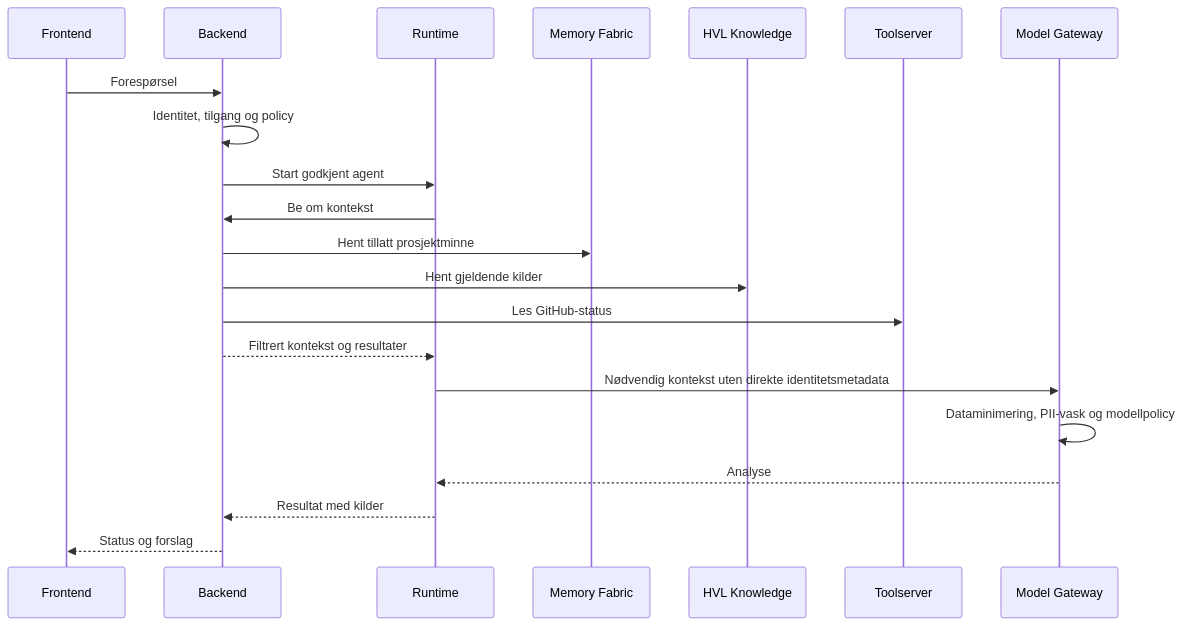
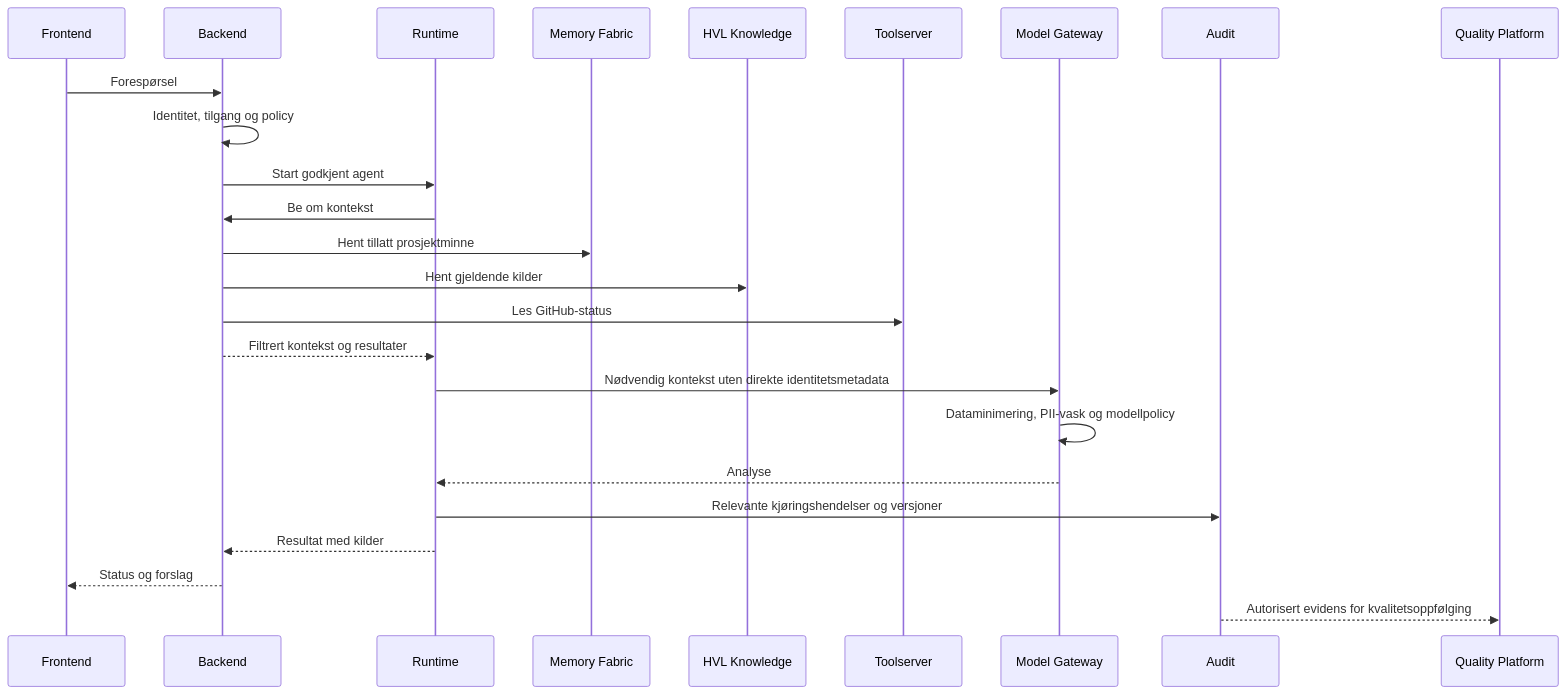
Before and after one commit to IvarRosenbergHVL/hvl-ki-documentation: the diagram in docs/utviklere/samspill.mdx, drawn with Mermaid. The commit also changed other lines of this file and 13 other files, not shown here.

````diff
--- a/docs/utviklere/samspill.mdx
+++ b/docs/utviklere/samspill.mdx
@@ -8,23 +8,27 @@
 ```mermaid
 sequenceDiagram
  participant U as Frontend
  participant B as Backend
  participant R as Runtime
  participant M as Memory Fabric
  participant K as HVL Knowledge
  participant T as Toolserver
  participant G as Model Gateway
+ participant A as Audit
+ participant Q as Quality Platform
  U->>B: Forespørsel
  B->>B: Identitet, tilgang og policy
  B->>R: Start godkjent agent
  R->>B: Be om kontekst
  B->>M: Hent tillatt prosjektminne
  B->>K: Hent gjeldende kilder
  B->>T: Les GitHub-status
  B-->>R: Filtrert kontekst og resultater
  R->>G: Nødvendig kontekst uten direkte identitetsmetadata
  G->>G: Dataminimering, PII-vask og modellpolicy
  G-->>R: Analyse
+ R->>A: Relevante kjøringshendelser og versjoner
  R-->>B: Resultat med kilder
  B-->>U: Status og forslag
+ A-->>Q: Autorisert evidens for kvalitetsoppfølging
 ```
````
